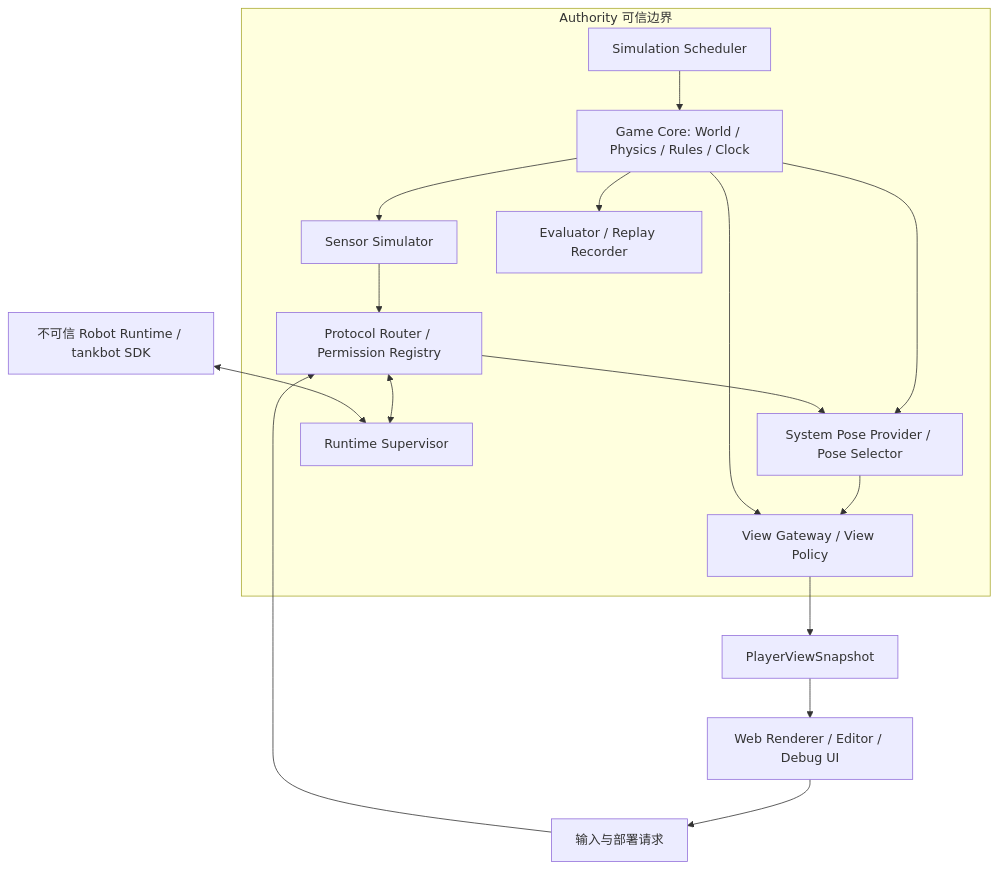
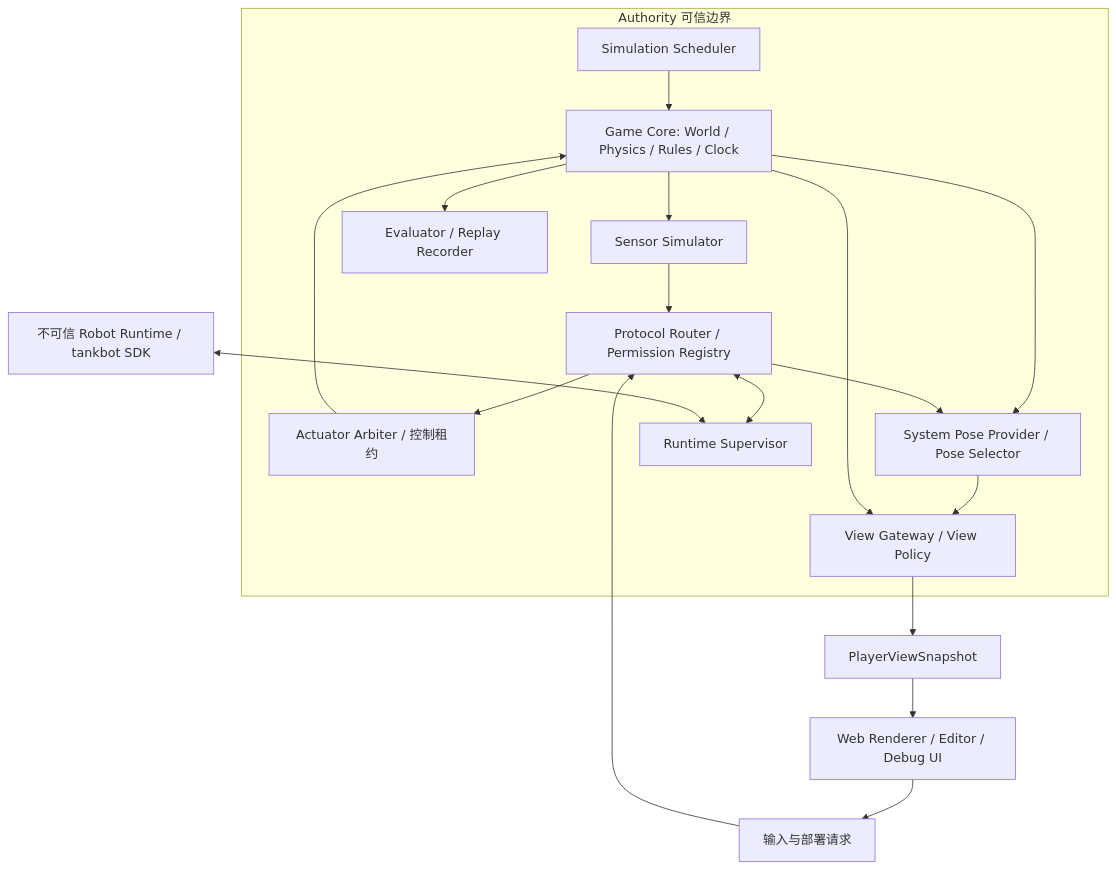
Before and after one commit to Yangyongyu0506/TankBot: the diagram in docs/02_SYSTEM_ARCHITECTURE.md, drawn with Mermaid. The commit also changed other lines of this file and 27 other files, not shown here.

````diff
--- a/docs/02_SYSTEM_ARCHITECTURE.md
+++ b/docs/02_SYSTEM_ARCHITECTURE.md
@@ -9,27 +9,30 @@
 ```mermaid
 flowchart TB
     subgraph Authority[Authority 可信边界]
       CORE[Game Core: World / Physics / Rules / Clock]
       SENSOR[Sensor Simulator]
       SCHED[Simulation Scheduler]
       BROKER[Protocol Router / Permission Registry]
+      ARB[Actuator Arbiter / 控制租约]
       POSE[System Pose Provider / Pose Selector]
       VIEW[View Gateway / View Policy]
       EVAL[Evaluator / Replay Recorder]
       SUP[Runtime Supervisor]
       CORE --> SENSOR
       CORE --> POSE
       CORE --> EVAL
       SCHED --> CORE
       SENSOR --> BROKER
       BROKER --> POSE
       POSE --> VIEW
       CORE --> VIEW
       BROKER <--> SUP
+      BROKER --> ARB
+      ARB --> CORE
     end
     PY[不可信 Robot Runtime / tankbot SDK] <--> SUP
     VIEW --> DTO[PlayerViewSnapshot]
     DTO --> UI[Web Renderer / Editor / Debug UI]
     UI --> INTENT[输入与部署请求]
     INTENT --> BROKER
 ```
````
